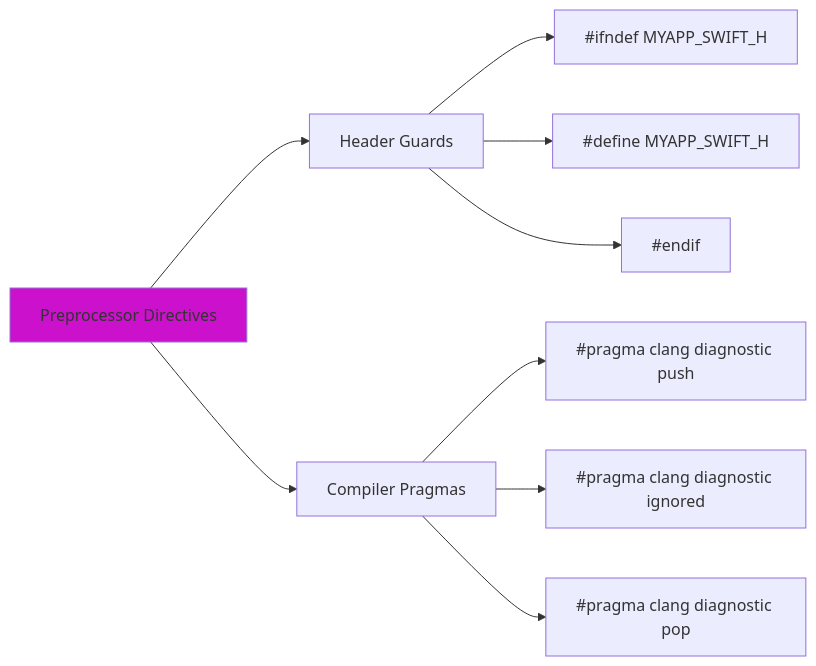
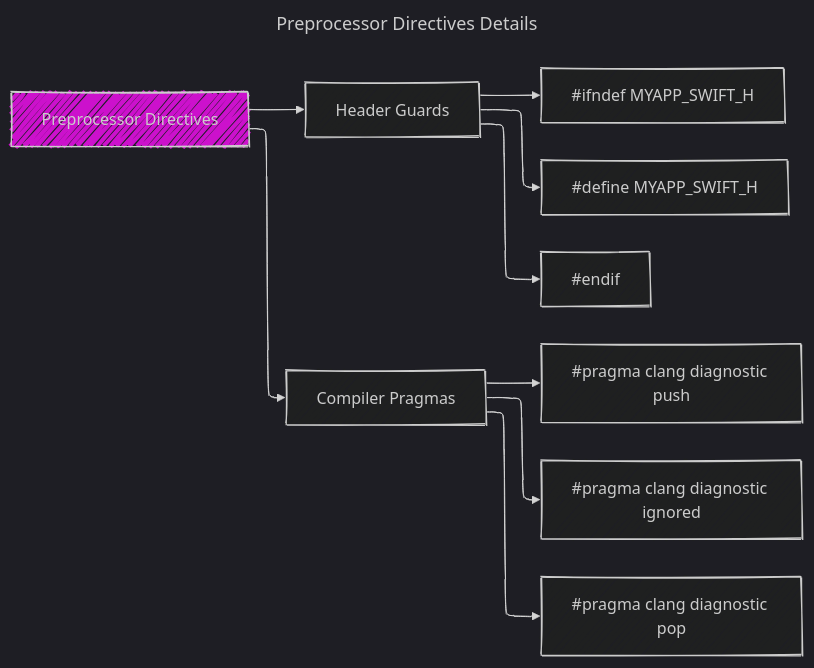
The second of 7 diagrams in Reversing_Engineer_through_Interfaces/Swift-generated_header_file_in_Mermaid.md (CongLeSolutionX/iOS-development-vault), drawn with Mermaid before and after one commit. The commit also changed other lines of this file and 8 other files, not shown here.

````diff
--- a/Reversing_Engineer_through_Interfaces/Swift-generated_header_file_in_Mermaid.md
+++ b/Reversing_Engineer_through_Interfaces/Swift-generated_header_file_in_Mermaid.md
@@ -53,14 +60,21 @@
 ```mermaid
+---
+title: Preprocessor Directives Details
+config:
+  layout: elk
+  look: handDrawn
+  theme: dark
+---
 graph LR
     A[Preprocessor Directives] --> B[Header Guards];
     A --> C[Compiler Pragmas];
         B --> B1["#ifndef MYAPP_SWIFT_H"];
         B --> B2["#define MYAPP_SWIFT_H"];
         B --> B3["#endif"];
 
       C --> C1["#pragma clang diagnostic push"];    
       C --> C2["#pragma clang diagnostic ignored"];
       C --> C3["#pragma clang diagnostic pop"];
  style A fill:#c1cf;
  
 ```
````
